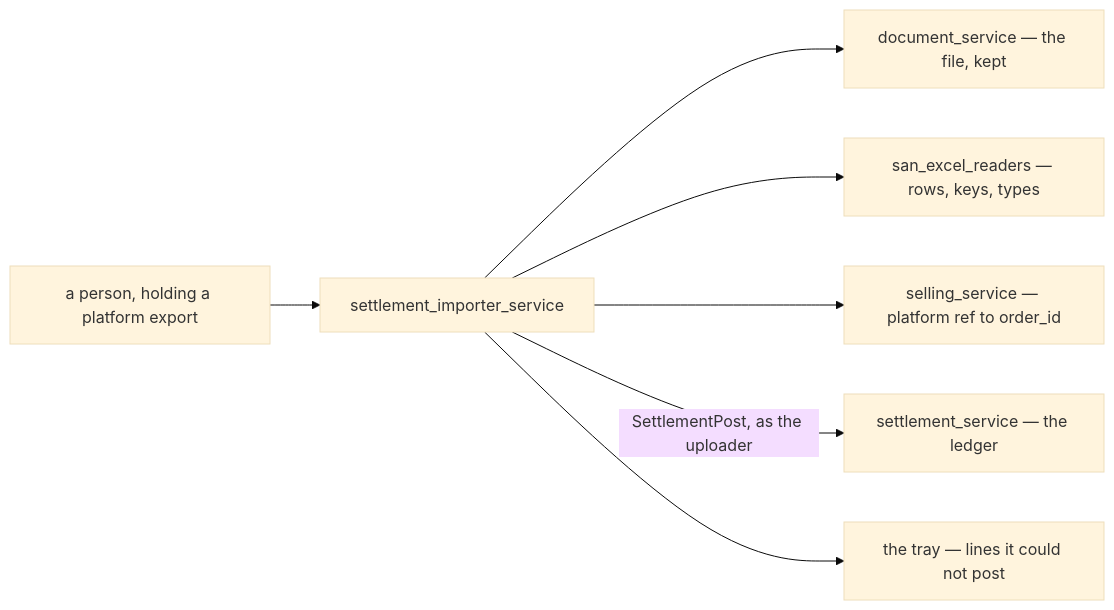
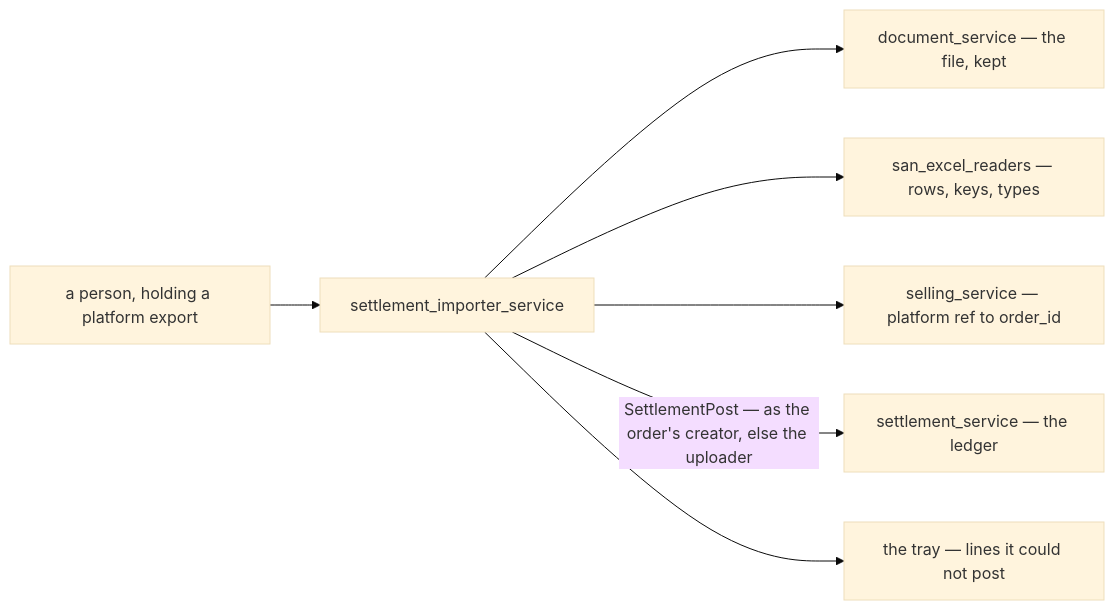
The first of 8 diagrams in docs/business/settlement/settlement_importer_clarify.md (pdcgo/warehouse_revamp), drawn with Mermaid (base theme) before and after one commit. The commit also changed other lines of this file and 6 other files, not shown here.

First line of the commit message:
settlement: record an-imported-row-names-its-orders-creator-else-the-uploader

````diff
--- a/docs/business/settlement/settlement_importer_clarify.md
+++ b/docs/business/settlement/settlement_importer_clarify.md
@@ -33,9 +34,9 @@
 ```mermaid
 flowchart LR
   P["a person, holding a platform export"] --> I["settlement_importer_service"]
   I --> D["document_service — the file, kept"]
   I --> R["san_excel_readers — rows, keys, types"]
   I --> O["selling_service — platform ref to order_id"]
-  I -->|"SettlementPost, as the uploader"| S["settlement_service — the ledger"]
+  I -->|"SettlementPost — as the order's creator, else the uploader"| S["settlement_service — the ledger"]
   I --> T["the tray — lines it could not post"]
 ```
````
